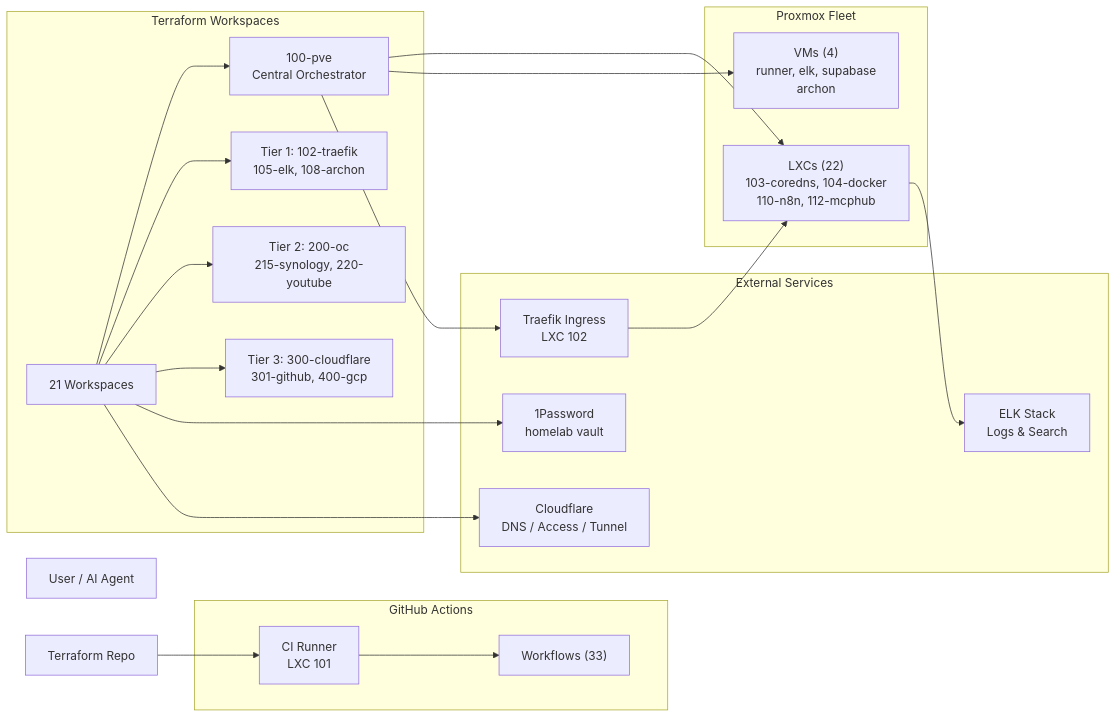
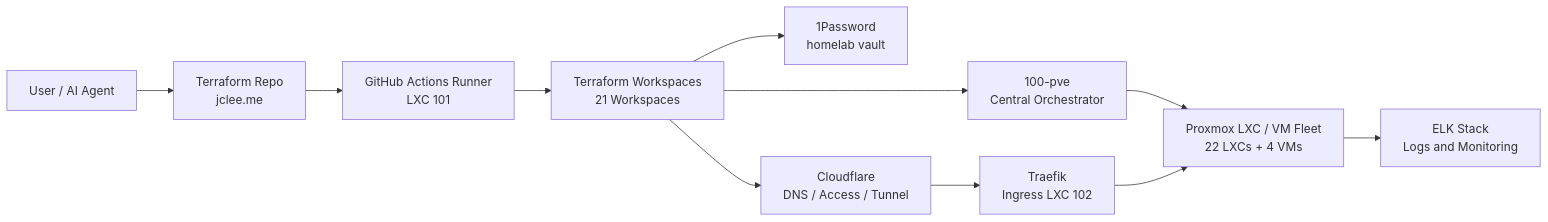
The first of 2 diagrams in README.md (jclee941/terraform), drawn with Mermaid before and after one commit. The commit also changed other lines of this file, not shown here.

````diff
--- a/README.md
+++ b/README.md
@@ -59,45 +68,13 @@
 ```mermaid
 flowchart LR
-    User["User / AI Agent"]
-    Repo["Terraform Repo"]
-    subgraph "GitHub Actions"
-        CI["CI Runner<br/>LXC 101"]
-        WF["Workflows (33)"]
-    end
-    CI --> WF
-    Repo --> CI
-    
-    subgraph "Terraform Workspaces"
-        TF["21 Workspaces"]
-        PVE["100-pve<br/>Central Orchestrator"]
-        T1["Tier 1: 102-traefik<br/>105-elk, 108-archon"]
-        T2["Tier 2: 200-oc<br/>215-synology, 220-youtube"]
-        T3["Tier 3: 300-cloudflare<br/>301-github, 400-gcp"]
-    end
-    
-    TF --> PVE
-    TF --> T1
-    TF --> T2
-    TF --> T3
-    
-    subgraph "Proxmox Fleet"
-        LXC["LXCs (22)<br/>103-coredns, 104-docker<br/>110-n8n, 112-mcphub"]
-        VM["VMs (4)<br/>runner, elk, supabase<br/>archon"]
-    end
-    
-    PVE --> LXC
-    PVE --> VM
-    
-    subgraph "External Services"
-        OP["1Password<br/>homelab vault"]
-        CF["Cloudflare<br/>DNS / Access / Tunnel"]
-        ELK["ELK Stack<br/>Logs & Search"]
-        Traefik["Traefik Ingress<br/>LXC 102"]
-    end
-    
-    TF --> OP
-    TF --> CF
-    PVE --> Traefik
-    Traefik --> LXC
-    LXC --> ELK
+    Agent["User / AI Agent"] --> Repo["Terraform Repo<br/>jclee.me"]
+    Repo --> CI["GitHub Actions Runner<br/>LXC 101"]
+    CI --> TF["Terraform Workspaces<br/>21 Workspaces"]
+    TF --> PVE["100-pve<br/>Central Orchestrator"]
+    PVE --> Fleet["Proxmox LXC / VM Fleet<br/>22 LXCs + 4 VMs"]
+    TF --> OP["1Password<br/>homelab vault"]
+    TF --> CF["Cloudflare<br/>DNS / Access / Tunnel"]
+    Fleet --> ELK["ELK Stack<br/>Logs and Monitoring"]
+    CF --> Traefik["Traefik<br/>Ingress LXC 102"]
+    Traefik --> Fleet
 ```
````
